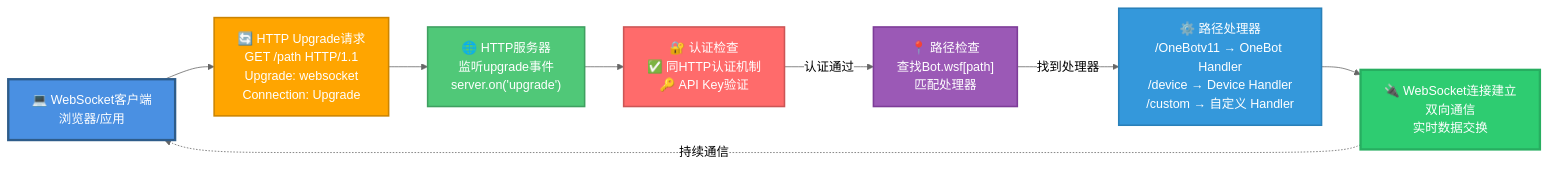
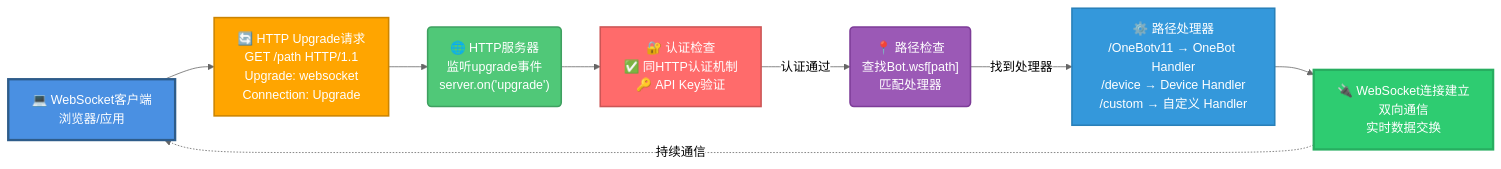
The ninth of 13 diagrams in docs/server.md (sunflowermm/XRK-AGT), drawn with Mermaid (neutral theme) before and after one commit. The commit also changed 9 other files, not shown here.

````diff
--- a/docs/server.md
+++ b/docs/server.md
@@ -513,19 +513,19 @@
 ```mermaid
 flowchart LR
     Client["💻 WebSocket客户端<br/>浏览器/应用"] --> Upgrade["🔄 HTTP Upgrade请求<br/>GET /path HTTP/1.1<br/>Upgrade: websocket<br/>Connection: Upgrade"]
-    Upgrade --> Server["🌐 HTTP服务器<br/>监听upgrade事件<br/>server.on('upgrade')"]
+    Upgrade --> Server("🌐 HTTP服务器<br/>监听upgrade事件<br/>server.on('upgrade')")
     Server --> Auth["🔐 认证检查<br/>✅ 同HTTP认证机制<br/>🔑 API Key验证"]
-    Auth -->|"认证通过"| PathCheck["📍 路径检查<br/>查找Bot.wsf[path]<br/>匹配处理器"]
+    Auth -->|"认证通过"| PathCheck("📍 路径检查<br/>查找Bot.wsf[path]<br/>匹配处理器")
     PathCheck -->|"找到处理器"| Handler["⚙️ 路径处理器<br/>/OneBotv11 → OneBot Handler<br/>/device → Device Handler<br/>/custom → 自定义 Handler"]
     Handler --> WS["🔌 WebSocket连接建立<br/>双向通信<br/>实时数据交换"]
     
     WS -.->|"持续通信"| Client
     
     style Client fill:#4A90E2,stroke:#2E5C8A,stroke-width:3px,color:#fff
     style Upgrade fill:#FFA500,stroke:#CC8400,stroke-width:2px,color:#fff
     style Server fill:#50C878,stroke:#3FA060,stroke-width:2px,color:#fff
     style Auth fill:#FF6B6B,stroke:#CC5555,stroke-width:2px,color:#fff
     style PathCheck fill:#9B59B6,stroke:#7D3C98,stroke-width:2px,color:#fff
     style Handler fill:#3498DB,stroke:#2980B9,stroke-width:2px,color:#fff
     style WS fill:#2ECC71,stroke:#27AE60,stroke-width:3px,color:#fff
 ```
````
